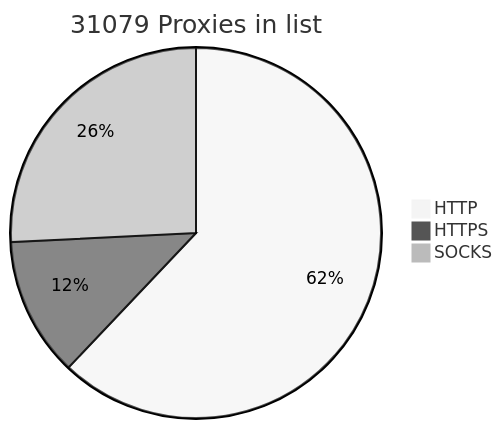
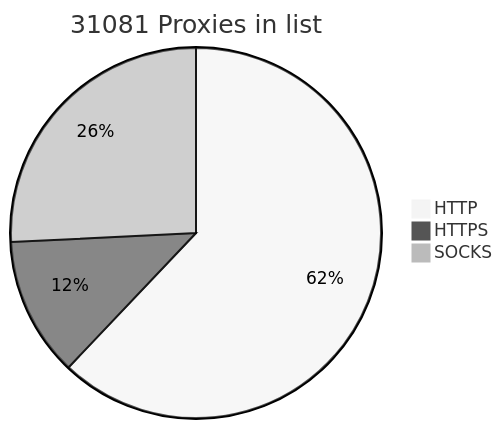
One commit to BlackSnowDot/proxylist-update-every-minute changed the diagram in README.md. Above: the diagram before and after it, drawn with Mermaid (neutral theme).

````diff
--- a/README.md
+++ b/README.md
@@ -2,6 +2,6 @@
 ```mermaid
-pie title 31079 Proxies in list
-    "HTTP" : 21216
+pie title 31081 Proxies in list
+    "HTTP" : 21218
     "HTTPS": 4151
     "SOCKS" : 8812
 ```
````
